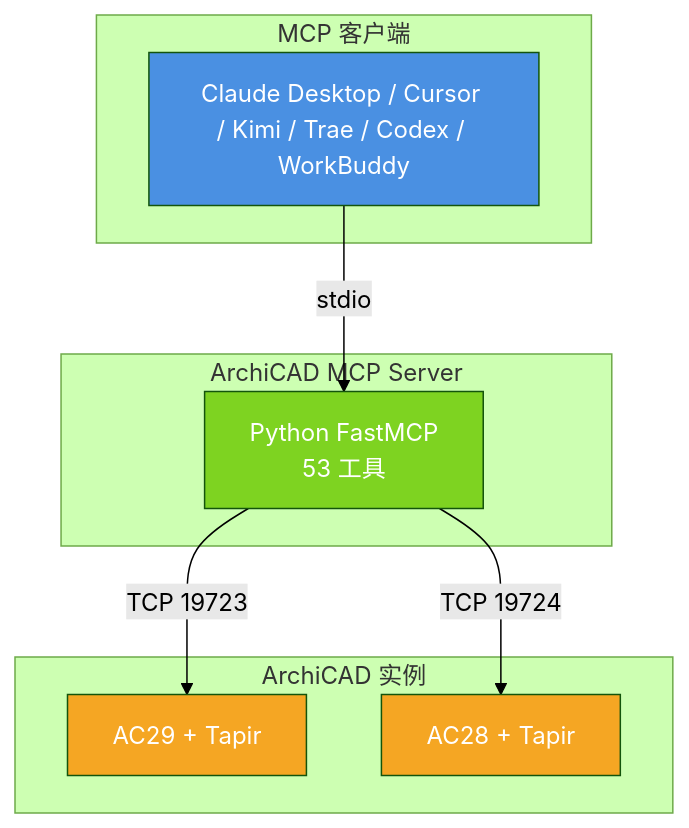
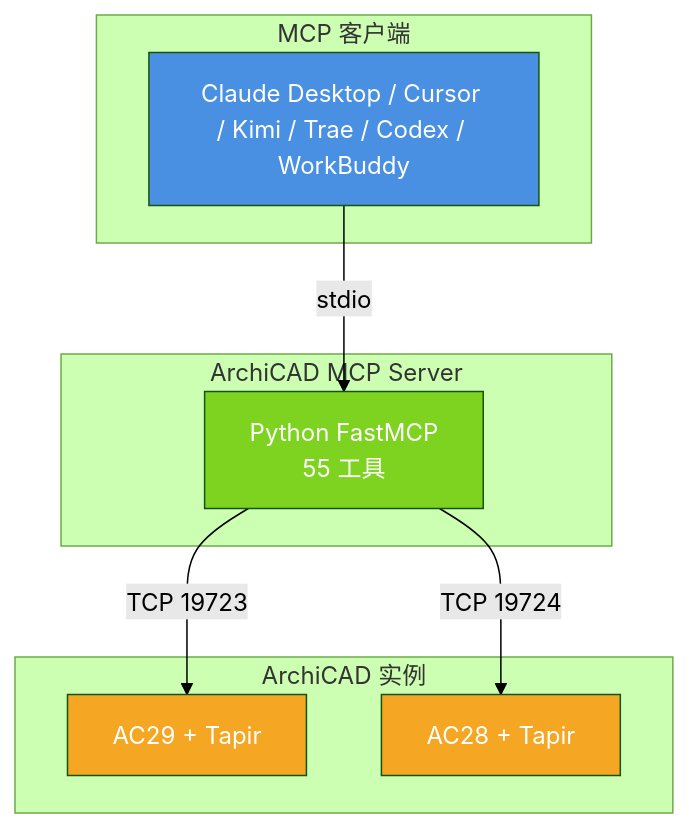
The diagram in readme.md (archilau0315/archilinkai), drawn with Mermaid (forest theme) before and after one commit. The commit also changed other lines of this file and 5 other files, not shown here.

First line of the commit message:
V0.34 图层组合：GetLayerCombinations + CreateLayerCombinations

````diff
--- a/readme.md
+++ b/readme.md
@@ -62,20 +62,20 @@
 ```mermaid
 flowchart TB
     subgraph Client["MCP 客户端"]
         C[Claude Desktop / Cursor / Kimi / Trae / Codex / WorkBuddy]
     end
     subgraph Server["ArchiCAD MCP Server"]
-        S[Python FastMCP<br/>53 工具]
+        S[Python FastMCP<br/>55 工具]
     end
     subgraph AC["ArchiCAD 实例"]
         A1[AC29 + Tapir]
         A2[AC28 + Tapir]
     end
     C -->|stdio| S
     S -->|TCP 19723| A1
     S -->|TCP 19724| A2
     style C fill:#4a90e2,color:#fff
     style S fill:#7ed321,color:#fff
     style A1 fill:#f5a623,color:#fff
     style A2 fill:#f5a623,color:#fff
 ```
````
